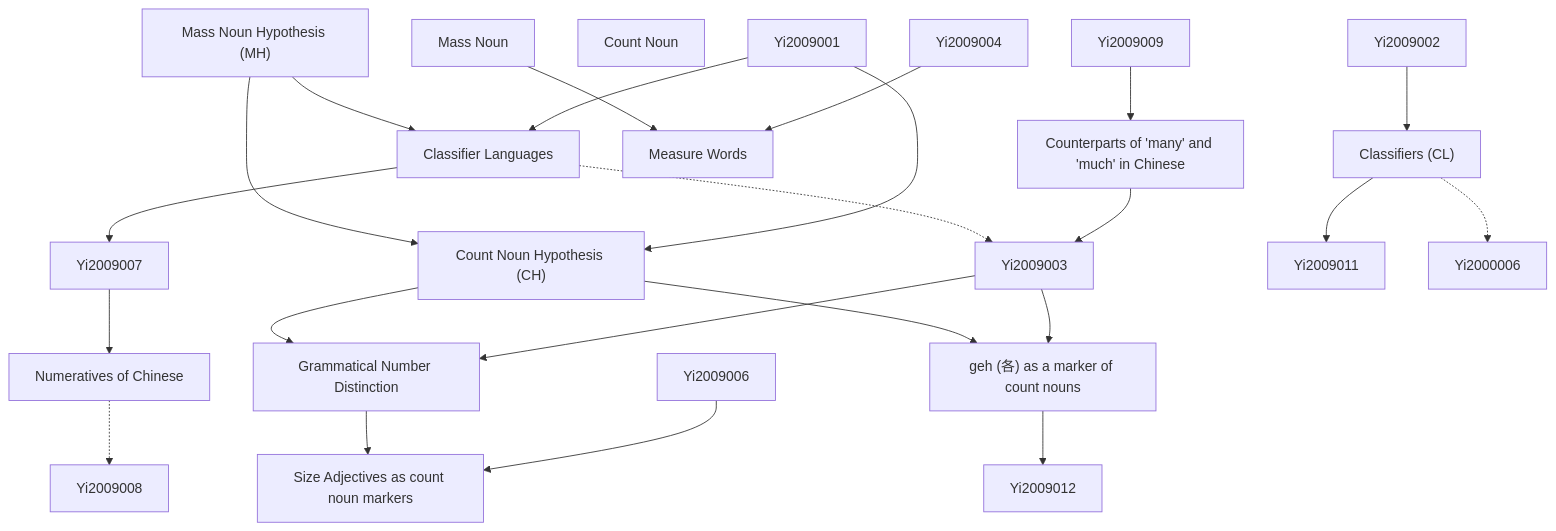
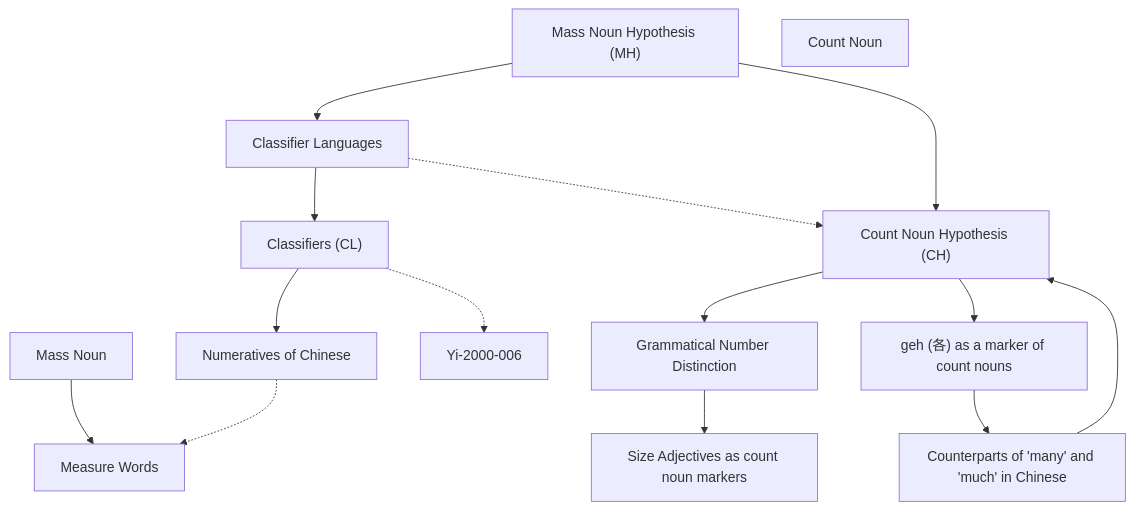
One commit to SCgeeker/Claude_Journal_Club_Agents changed the diagram in output/zettelkasten_notes/zettel_Yi-2009_20251104/zettel_index.md. Above: the diagram before and after it, drawn with Mermaid. The commit also changed 776 other files, not shown here.

````diff
--- a/output/zettelkasten_notes/zettel_Yi-2009_20251104/zettel_index.md
+++ b/output/zettelkasten_notes/zettel_Yi-2009_20251104/zettel_index.md
@@ -92,72 +92,59 @@
 ```mermaid
 graph TD
 
     Yi-2009-001["Mass Noun Hypothesis (MH)"]
 
     Yi-2009-002["Classifier Languages"]
 
     Yi-2009-003["Count Noun Hypothesis (CH)"]
 
     Yi-2009-004["Mass Noun"]
 
     Yi-2009-005["Count Noun"]
 
     Yi-2009-006["Grammatical Number Distinction"]
 
     Yi-2009-007["Classifiers (CL)"]
 
     Yi-2009-008["Measure Words"]
 
     Yi-2009-009["geh (各) as a marker of count nouns"]
 
     Yi-2009-010["Size Adjectives as count noun markers"]
 
     Yi-2009-011["Numeratives of Chinese"]
 
     Yi-2009-012["Counterparts of 'many' and 'much' in Chinese"]
 
     Yi-2009-001 --> Yi-2009-002
 
     Yi-2009-001 --> Yi-2009-003
 
-    Yi2009001 --> Yi-2009-002
 
-    Yi-2009-002 --> Yi2009007
+    Yi-2009-002 --> Yi-2009-007
 
-    Yi-2009-002 -.-> Yi2009003
+    Yi-2009-002 -.-> Yi-2009-003
 
-    Yi2009001 --> Yi-2009-003
 
     Yi-2009-003 --> Yi-2009-006
 
     Yi-2009-003 --> Yi-2009-009
 
     Yi-2009-004 --> Yi-2009-008
 
-    Yi2009003 --> Yi-2009-006
 
     Yi-2009-006 --> Yi-2009-010
 
-    Yi2009002 --> Yi-2009-007
 
-    Yi-2009-007 --> Yi2009011
+    Yi-2009-007 --> Yi-2009-011
 
-    Yi-2009-007 -.-> Yi2000006
+    Yi-2009-007 -.-> Yi-2000-006
 
-    Yi2009004 --> Yi-2009-008
+    Yi-2009-009 --> Yi-2009-012
 
-    Yi2009003 --> Yi-2009-009
+    Yi-2009-011 -.-> Yi-2009-008
 
-    Yi-2009-009 --> Yi2009012
 
-    Yi2009006 --> Yi-2009-010
-
-    Yi2009007 --> Yi-2009-011
-
-    Yi-2009-011 -.-> Yi2009008
-
-    Yi2009009 --> Yi-2009-012
-
-    Yi-2009-012 --> Yi2009003
+    Yi-2009-012 --> Yi-2009-003
 
 ```
````
